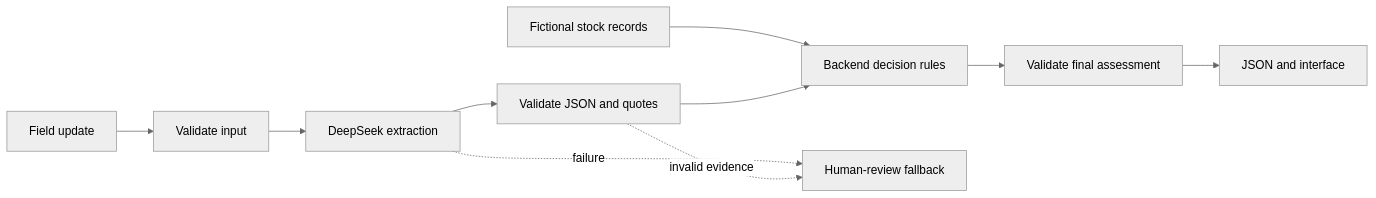
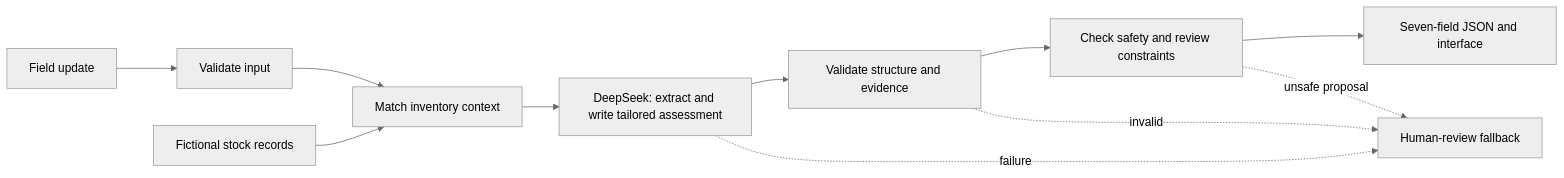
Before and after one commit to raj921/sales-easy-copilot: the diagram in README.md, drawn with Mermaid (neutral theme). The commit also changed other lines of this file and 23 other files, not shown here.

Commit message:
Generate tailored DeepSeek assessments with evidence and safety validation

````diff
--- a/README.md
+++ b/README.md
@@ -38,12 +37,13 @@
 ```mermaid
 flowchart LR
   A[Field update] --> B[Validate input]
-  B --> C[DeepSeek extraction]
-  C --> D[Validate JSON and quotes]
-  E[Fictional stock records] --> F[Backend decision rules]
-  D --> F
-  F --> G[Validate final assessment]
-  G --> H[JSON and interface]
-  C -. failure .-> I[Human-review fallback]
-  D -. invalid evidence .-> I
+  B --> C[Match inventory context]
+  E[Fictional stock records] --> C
+  C --> D[DeepSeek: extract and write tailored assessment]
+  D --> F[Validate structure and evidence]
+  F --> G[Check safety and review constraints]
+  G --> H[Seven-field JSON and interface]
+  D -. failure .-> I[Human-review fallback]
+  F -. invalid .-> I
+  G -. unsafe proposal .-> I
 ```
````
